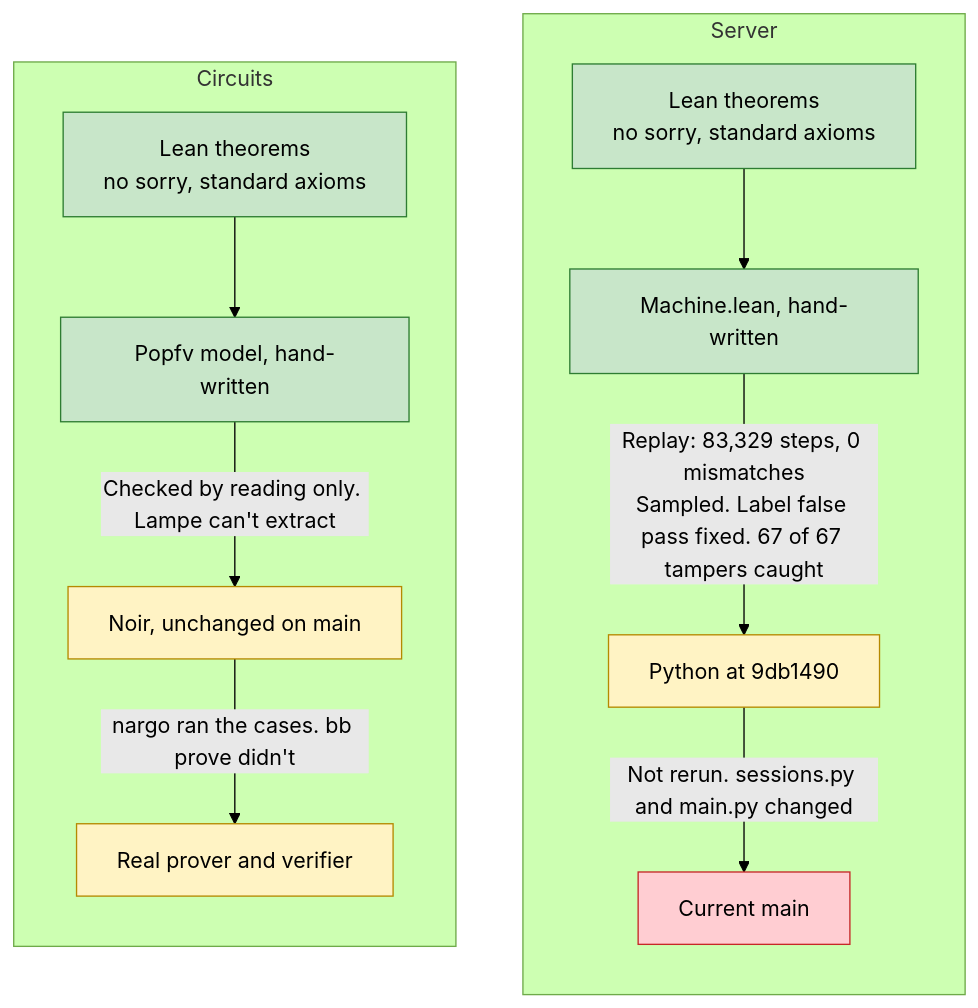
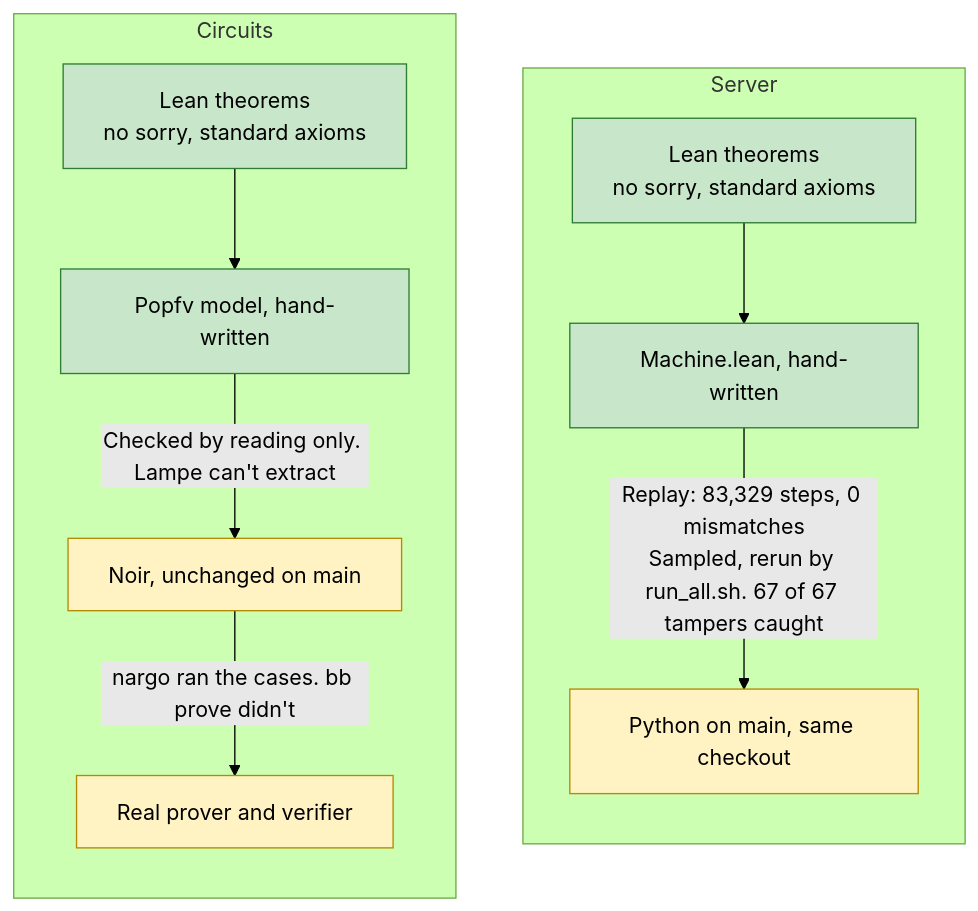
Before and after one commit to tawago/enconomy: the third of 3 diagrams in fv/v1/docs/coverage.md, drawn with Mermaid (forest theme). The commit also changed other lines of this file and 80 other files, not shown here.

First line of the commit message:
fv: check the model against main, drop run logs from the repo (#44)

````diff
--- a/fv/v1/docs/coverage.md
+++ b/fv/v1/docs/coverage.md
@@ -67,27 +67,25 @@
 ```mermaid
 flowchart TB
     subgraph S["Server"]
         direction TB
         s1["Lean theorems<br/>no sorry, standard axioms"]:::good
         s2["Machine.lean, hand-written"]:::good
-        s3["Python at 9db1490"]:::part
-        s4["Current main"]:::hole
+        s3["Python on main, same checkout"]:::part
         s1 --> s2
-        s2 -- "Replay: 83,329 steps, 0 mismatches<br/>Sampled. Label false pass fixed. 67 of 67 tampers caught" --> s3
-        s3 -- "Not rerun. sessions.py and main.py changed" --> s4
+        s2 -- "Replay: 83,329 steps, 0 mismatches<br/>Sampled, rerun by run_all.sh. 67 of 67 tampers caught" --> s3
     end
     subgraph C["Circuits"]
         direction TB
         c1["Lean theorems<br/>no sorry, standard axioms"]:::good
         c2["Popfv model, hand-written"]:::good
         c3["Noir, unchanged on main"]:::part
         c4["Real prover and verifier"]:::part
         c1 --> c2
         c2 -- "Checked by reading only. Lampe can't extract" --> c3
         c3 -- "nargo ran the cases. bb prove didn't" --> c4
     end
 
     classDef good fill:#c8e6c9,stroke:#2e7d32,color:#000
     classDef part fill:#fff3c4,stroke:#b58900,color:#000
     classDef hole fill:#ffcdd2,stroke:#c62828,color:#000
 ```
````
